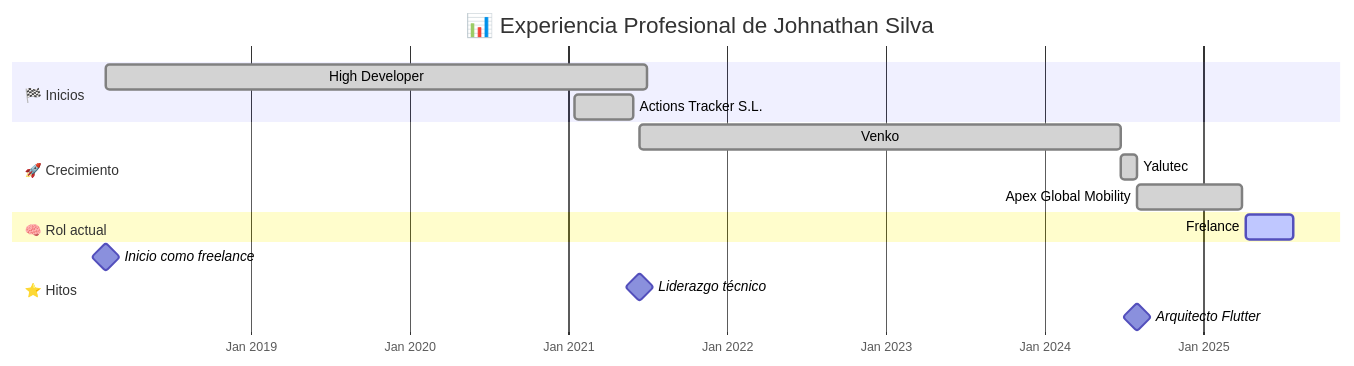
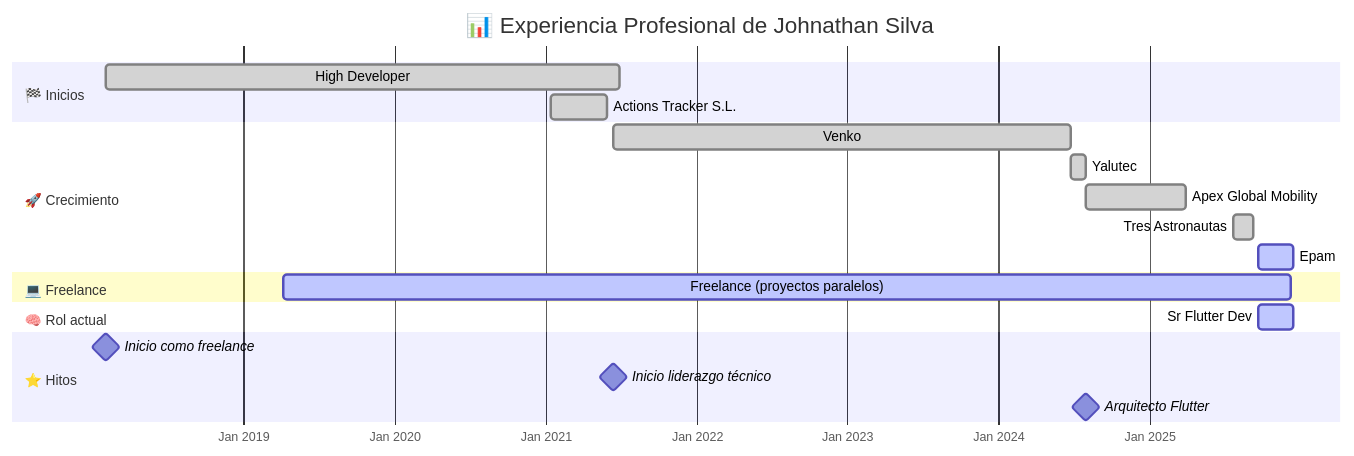
Before and after one commit to johnathan23/johnathan23: the sixth of 6 diagrams in README.md, drawn with Mermaid. The commit also changed other lines of this file, not shown here.

````diff
--- a/README.md
+++ b/README.md
@@ -157,23 +79,28 @@
 ```mermaid
 gantt
   title 📊 Experiencia Profesional de Johnathan Silva
   dateFormat  YYYY-MM-DD
   axisFormat  %b %Y
 
   section 🏁 Inicios
-  High Developer         :done, hd, 2018-02-01, 2021-06-30
-  Actions Tracker S.L.   :done, ats, 2021-01-14, 2021-05-30
+  High Developer       :done, 2018-02-01, 2021-06-30
+  Actions Tracker S.L. :done, 2021-01-14, 2021-05-30
 
   section 🚀 Crecimiento
-  Venko                 :done, venko, 2021-06-14, 2024-06-24
-  Yalutec               :done, yalutec, 2024-06-24, 2024-07-31
-  Apex Global Mobility  :done, apex, 2024-08-01, 2025-03-31
+  Venko               :done, 2021-06-14, 2024-06-24
+  Yalutec             :done, 2024-06-24, 2024-07-31
+  Apex Global Mobility:done, 2024-08-01, 2025-03-31
+  Tres Astronautas    :done, 2025-07-24, 2025-09-10
+  Epam                :active, 2025-09-22, 2025-12-16
+
+  section 💻 Freelance
+  Freelance (proyectos paralelos) :active, 2019-04-08, 2025-12-10
 
   section 🧠 Rol actual
-  Frelance :active, frelance, 2025-04-07, 2025-07-26
+  Sr Flutter Dev :active, 2025-09-22, 2025-12-16
 
   section ⭐ Hitos
-  Inicio como freelance :milestone, m1, 2018-02-01, 0d
-  Liderazgo técnico     :milestone, m2, 2021-06-14, 0d
-  Arquitecto Flutter    :milestone, m3, 2024-08-01, 0d
+  Inicio como freelance     :milestone, 2018-02-01, 0d
+  Inicio liderazgo técnico  :milestone, 2021-06-14, 0d
+  Arquitecto Flutter        :milestone, 2024-08-01, 0d
 ```
````
